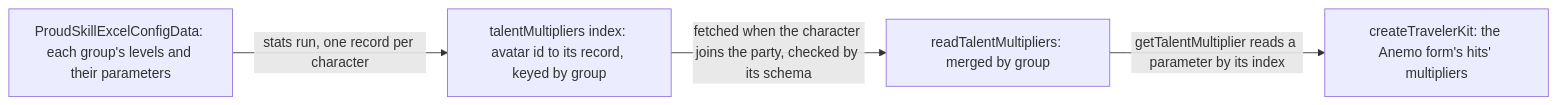
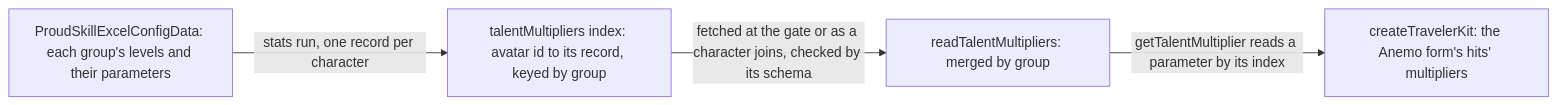
One commit to Esposter/Esposter changed the second of 2 diagrams in apps/web/content/docs/genshin/character-kits.md. Above: the diagram before and after it, drawn with Mermaid. The commit also changed other lines of this file and 17 other files, not shown here.

First line of the commit message:
fix(genshin-world): the world's gate reads the starting team's talent multipliers, and a combatant not yet built is a loading state

````diff
--- a/apps/web/content/docs/genshin/character-kits.md
+++ b/apps/web/content/docs/genshin/character-kits.md
@@ -33,6 +33,6 @@
 ```mermaid
 flowchart LR
   P["ProudSkillExcelConfigData: each group's levels and their parameters"] -->|"stats run, one record per character"| M["talentMultipliers index: avatar id to its record, keyed by group"]
-  M -->|"fetched when the character joins the party, checked by its schema"| R["readTalentMultipliers: merged by group"]
+  M -->|"fetched at the gate or as a character joins, checked by its schema"| R["readTalentMultipliers: merged by group"]
   R -->|"getTalentMultiplier reads a parameter by its index"| T["createTravelerKit: the Anemo form's hits' multipliers"]
 ```
````
